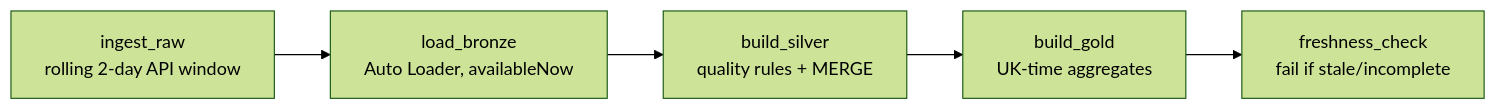
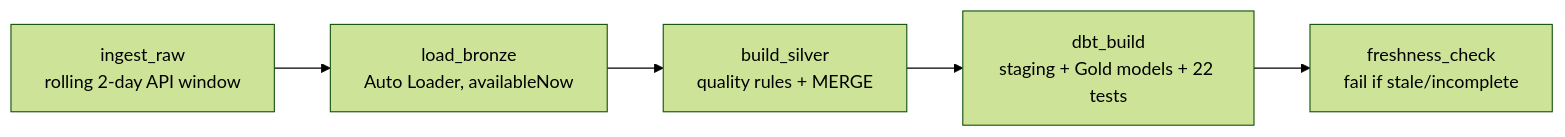
One commit to arihantgarg0209-rgb/gridpulse-uk-energy-lakehouse changed the second of 2 diagrams in README.md. Above: the diagram before and after it, drawn with Mermaid (forest theme). The commit also changed other lines of this file and 15 other files, not shown here.

Commit message:
Add dbt Gold layer: staging model, star schema, 22 tests, dbt job task

````diff
--- a/README.md
+++ b/README.md
@@ -92,7 +102,7 @@
 ```mermaid
 flowchart LR
     A[ingest_raw<br/>rolling 2-day API window] --> B[load_bronze<br/>Auto Loader, availableNow]
     B --> C[build_silver<br/>quality rules + MERGE]
-    C --> D[build_gold<br/>UK-time aggregates]
+    C --> D[dbt_build<br/>staging + Gold models + 22 tests]
     D --> E[freshness_check<br/>fail if stale/incomplete]
 ```
````
